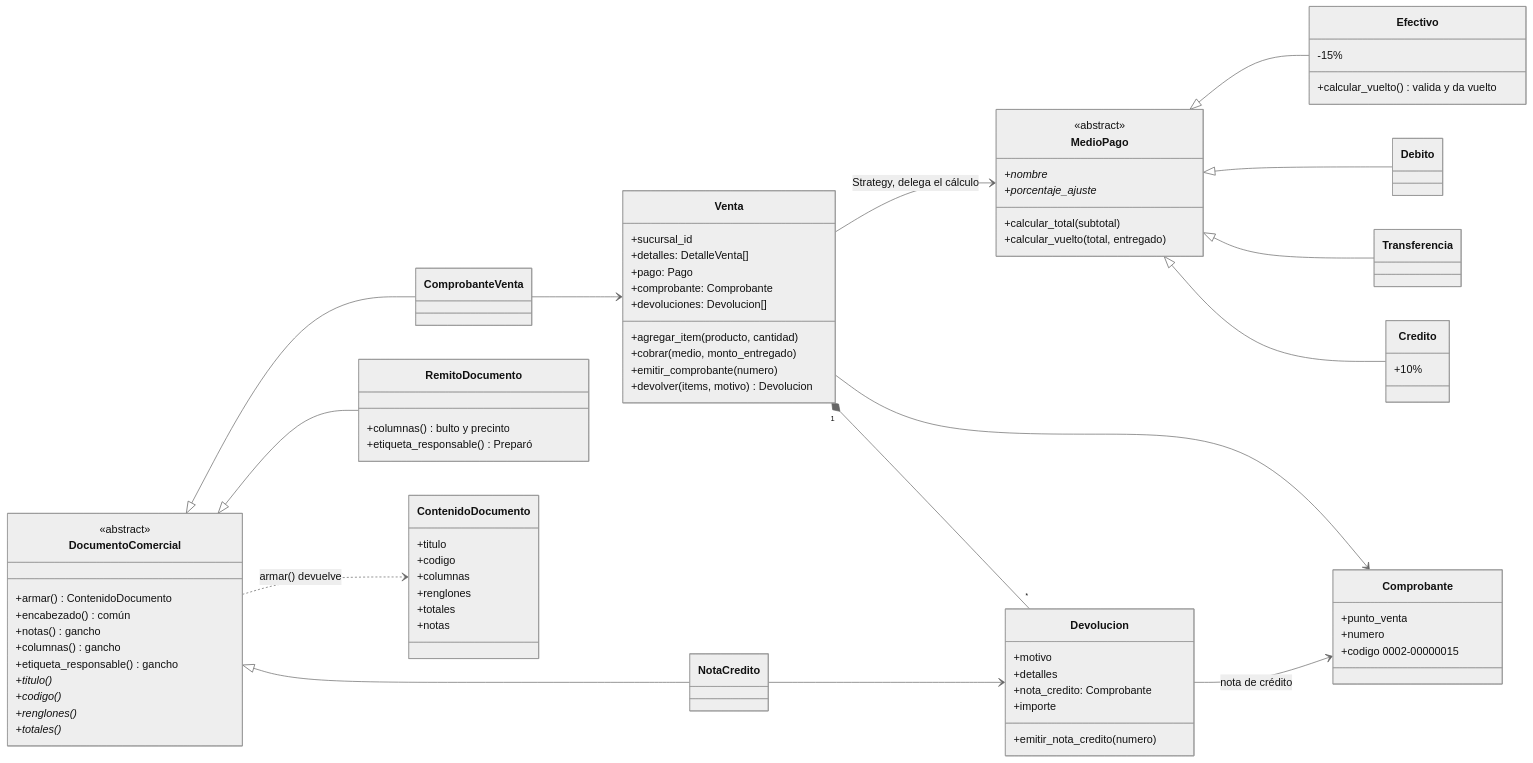
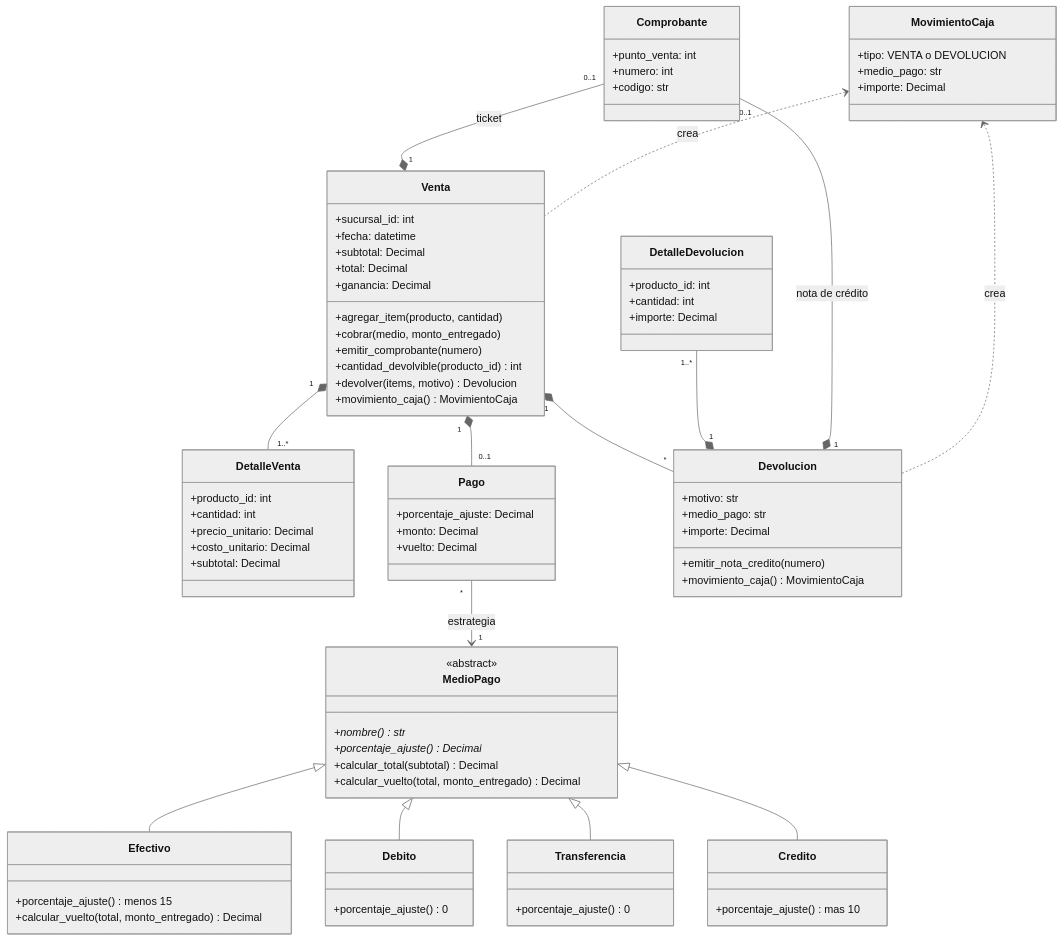
The seventh of 10 diagrams in tp-dao-tema3/docs/diagramas.md (FrancoCastrillo1/proyecto-dao-ventas), drawn with Mermaid (neutral theme) before and after one commit. The commit also changed other lines of this file and 58 other files, not shown here.

First line of the commit message:
Reportes: 5 reportes y 3 tableros; seed de 90 dias hasta hoy; diagramas de clases

````diff
--- a/tp-dao-tema3/docs/diagramas.md
+++ b/tp-dao-tema3/docs/diagramas.md
@@ -157,84 +433,85 @@
 ```mermaid
 classDiagram
-    direction LR
+    direction TB
+    class MovimientoCaja {
+        +tipo: VENTA o DEVOLUCION
+        +medio_pago: str
+        +importe: Decimal
+    }
     class Venta {
-        +sucursal_id
-        +detalles: DetalleVenta[]
-        +pago: Pago
-        +comprobante: Comprobante
-        +devoluciones: Devolucion[]
+        +sucursal_id: int
+        +fecha: datetime
+        +subtotal: Decimal
+        +total: Decimal
+        +ganancia: Decimal
         +agregar_item(producto, cantidad)
         +cobrar(medio, monto_entregado)
         +emitir_comprobante(numero)
+        +cantidad_devolvible(producto_id) int
         +devolver(items, motivo) Devolucion
+        +movimiento_caja() MovimientoCaja
+    }
+    class DetalleVenta {
+        +producto_id: int
+        +cantidad: int
+        +precio_unitario: Decimal
+        +costo_unitario: Decimal
+        +subtotal: Decimal
+    }
+    class Pago {
+        +porcentaje_ajuste: Decimal
+        +monto: Decimal
+        +vuelto: Decimal
+    }
+    class Comprobante {
+        +punto_venta: int
+        +numero: int
+        +codigo: str
+    }
+    class Devolucion {
+        +motivo: str
+        +medio_pago: str
+        +importe: Decimal
+        +emitir_nota_credito(numero)
+        +movimiento_caja() MovimientoCaja
+    }
+    class DetalleDevolucion {
+        +producto_id: int
+        +cantidad: int
+        +importe: Decimal
     }
     class MedioPago {
         <<abstract>>
-        +nombre*
-        +porcentaje_ajuste*
-        +calcular_total(subtotal)
-        +calcular_vuelto(total, entregado)
+        +nombre()* str
+        +porcentaje_ajuste()* Decimal
+        +calcular_total(subtotal) Decimal
+        +calcular_vuelto(total, monto_entregado) Decimal
     }
     class Efectivo {
-        -15%
-        +calcular_vuelto() valida y da vuelto
+        +porcentaje_ajuste() menos 15
+        +calcular_vuelto(total, monto_entregado) Decimal
     }
-    class Debito
-    class Transferencia
+    class Debito {
+        +porcentaje_ajuste() 0
+    }
+    class Transferencia {
+        +porcentaje_ajuste() 0
+    }
     class Credito {
-        +10%
-    }
-    class Devolucion {
-        +motivo
-        +detalles
-        +nota_credito: Comprobante
-        +importe
-        +emitir_nota_credito(numero)
-    }
-    class Comprobante {
-        +punto_venta
-        +numero
-        +codigo 0002-00000015
-    }
-    class DocumentoComercial {
-        <<abstract>>
-        +armar() ContenidoDocumento
-        +encabezado() común
-        +notas() gancho
-        +columnas() gancho
-        +etiqueta_responsable() gancho
-        +titulo()*
-        +codigo()*
-        +renglones()*
-        +totales()*
-    }
-    class ComprobanteVenta
-    class NotaCredito
-    class RemitoDocumento {
-        +columnas() bulto y precinto
-        +etiqueta_responsable() Preparó
-    }
-    class ContenidoDocumento {
-        +titulo
-        +codigo
-        +columnas
-        +renglones
-        +totales
-        +notas
+        +porcentaje_ajuste() mas 10
     }
 
-    Venta --> MedioPago : Strategy, delega el cálculo
+    Pago "*" --> "1" MedioPago : estrategia
     MedioPago <|-- Efectivo
     MedioPago <|-- Debito
     MedioPago <|-- Transferencia
     MedioPago <|-- Credito
+    Venta "1" *-- "1..*" DetalleVenta
+    Venta "1" *-- "0..1" Pago
+    Comprobante "0..1" --* "1" Venta : ticket
     Venta "1" *-- "*" Devolucion
-    Venta --> Comprobante
-    Devolucion --> Comprobante : nota de crédito
-    DocumentoComercial <|-- ComprobanteVenta
-    DocumentoComercial <|-- NotaCredito
-    DocumentoComercial <|-- RemitoDocumento
-    ComprobanteVenta --> Venta
-    NotaCredito --> Devolucion
-    DocumentoComercial ..> ContenidoDocumento : armar() devuelve
+    DetalleDevolucion "1..*" --* "1" Devolucion
+    Comprobante "0..1" --* "1" Devolucion : nota de crédito
+    MovimientoCaja <.. Venta : crea
+    MovimientoCaja <.. Devolucion : crea
 ```
````
